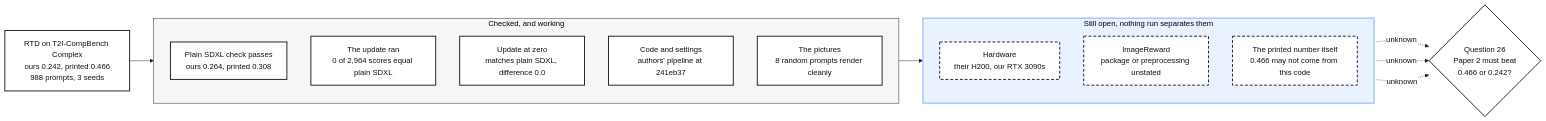
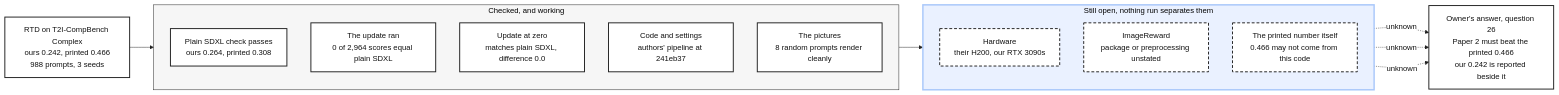
The diagram in artifacts/notes/progress/reproductions/RTD/why-the-complex-score-misses.mmd (mo-rsa24/concept-composition), drawn with Mermaid before and after one commit. The commit also changed 18 other files, not shown here.

```diff
--- a/artifacts/notes/progress/reproductions/RTD/why-the-complex-score-misses.mmd
+++ b/artifacts/notes/progress/reproductions/RTD/why-the-complex-score-misses.mmd
@@ -1,33 +1,33 @@
 %%{init: {'theme': 'base', 'themeVariables': {'fontFamily': 'monospace', 'primaryColor': '#ffffff', 'primaryBorderColor': '#222222', 'primaryTextColor': '#111111', 'lineColor': '#222222'}}}%%
 flowchart LR
     classDef plain fill:#ffffff,stroke:#222222,stroke-width:2px,color:#111111
     classDef open fill:#ffffff,stroke:#222222,stroke-width:2px,stroke-dasharray:6 4,color:#111111
 
     MISS["RTD on T2I-CompBench Complex<br/>ours 0.242, printed 0.466<br/>988 prompts, 3 seeds"]:::plain
 
     subgraph RULED["Checked, and working"]
         direction TB
         A["Plain SDXL check passes<br/>ours 0.264, printed 0.308"]:::plain
         B["The update ran<br/>0 of 2,964 scores equal plain SDXL"]:::plain
         C["Update at zero<br/>matches plain SDXL, difference 0.0"]:::plain
         D["Code and settings<br/>authors' pipeline at 241eb37"]:::plain
         E["The pictures<br/>8 random prompts render cleanly"]:::plain
     end
 
     subgraph OPEN["Still open, nothing run separates them"]
         direction TB
         F["Hardware<br/>their H200, our RTX 3090s"]:::open
         G["ImageReward<br/>package or preprocessing unstated"]:::open
         H["The printed number itself<br/>0.466 may not come from this code"]:::open
     end
 
-    Q{"Question 26<br/>Paper 2 must beat<br/>0.466 or 0.242?"}:::plain
+    Q["Owner's answer, question 26<br/>Paper 2 must beat the printed 0.466<br/>our 0.242 is reported beside it"]:::plain
 
     MISS --> RULED
     RULED --> OPEN
     F -.->|unknown| Q
     G -.->|unknown| Q
     H -.->|unknown| Q
 
     style RULED fill:#f6f6f6,stroke:#222222,stroke-width:1px
     style OPEN fill:#eaf1ff,stroke:#a8c7fa,stroke-width:3px
```
